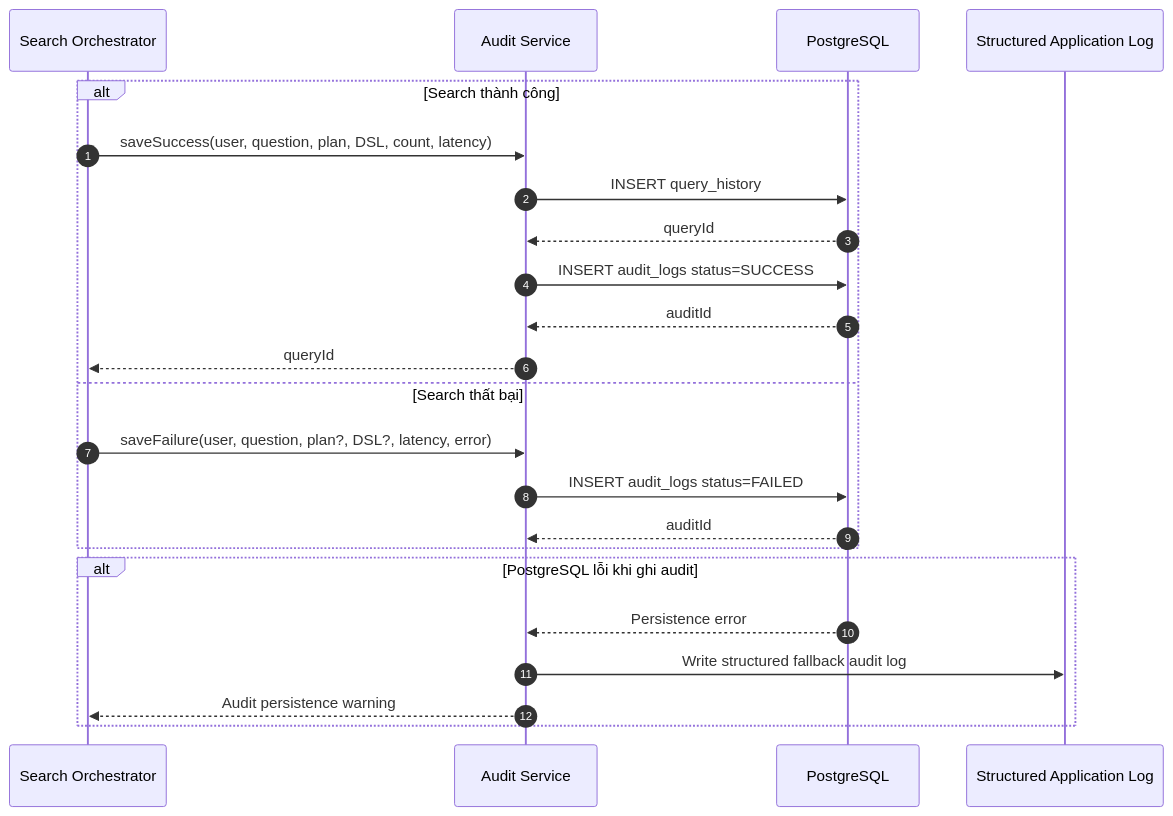
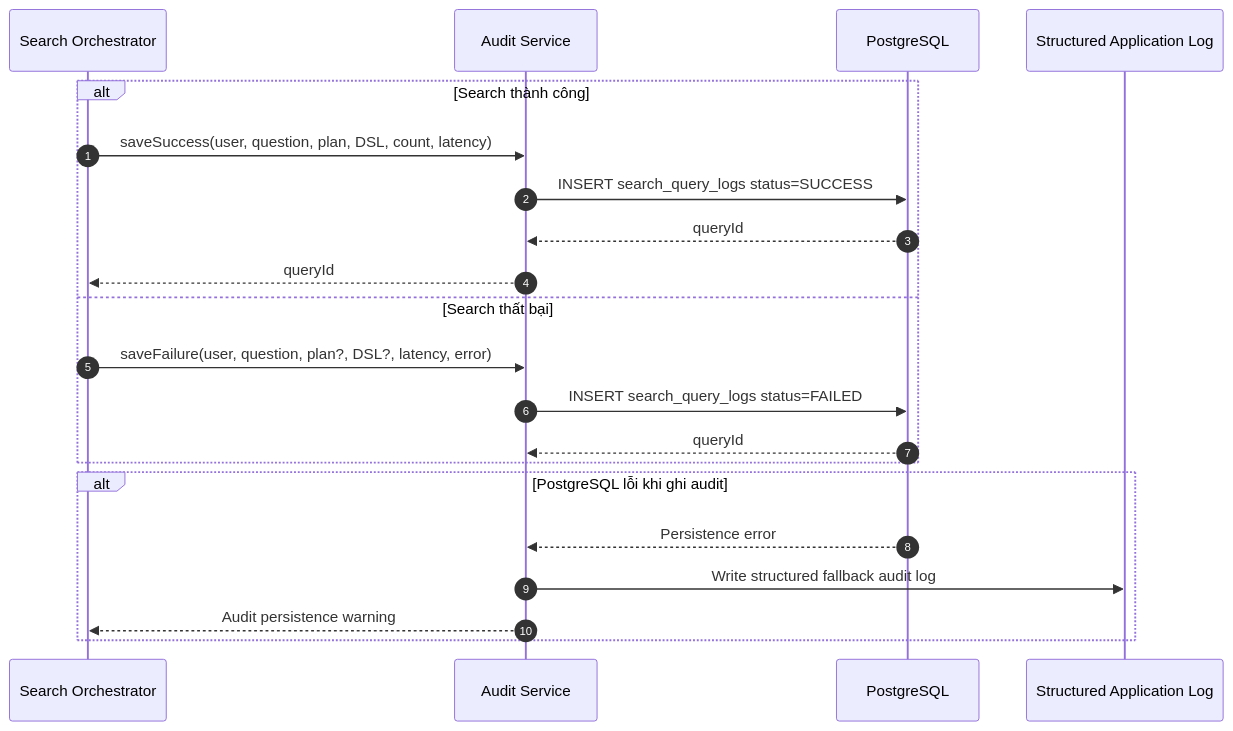
Before and after one commit to PhamVanMinhBinhThuan/soc-ai-search: the seventh of 9 diagrams in docs/sequence-flow.md, drawn with Mermaid. The commit also changed other lines of this file and 4 other files, not shown here.

````diff
--- a/docs/sequence-flow.md
+++ b/docs/sequence-flow.md
@@ -445,27 +445,25 @@
 ```mermaid
 sequenceDiagram
     autonumber
     participant Search as Search Orchestrator
     participant Audit as Audit Service
     participant PG as PostgreSQL
     participant Log as Structured Application Log
 
     alt Search thành công
         Search->>Audit: saveSuccess(user, question, plan, DSL, count, latency)
-        Audit->>PG: INSERT query_history
+        Audit->>PG: INSERT search_query_logs status=SUCCESS
         PG-->>Audit: queryId
-        Audit->>PG: INSERT audit_logs status=SUCCESS
-        PG-->>Audit: auditId
         Audit-->>Search: queryId
     else Search thất bại
         Search->>Audit: saveFailure(user, question, plan?, DSL?, latency, error)
-        Audit->>PG: INSERT audit_logs status=FAILED
-        PG-->>Audit: auditId
+        Audit->>PG: INSERT search_query_logs status=FAILED
+        PG-->>Audit: queryId
     end
 
     alt PostgreSQL lỗi khi ghi audit
         PG-->>Audit: Persistence error
         Audit->>Log: Write structured fallback audit log
         Audit-->>Search: Audit persistence warning
     end
 ```
````
